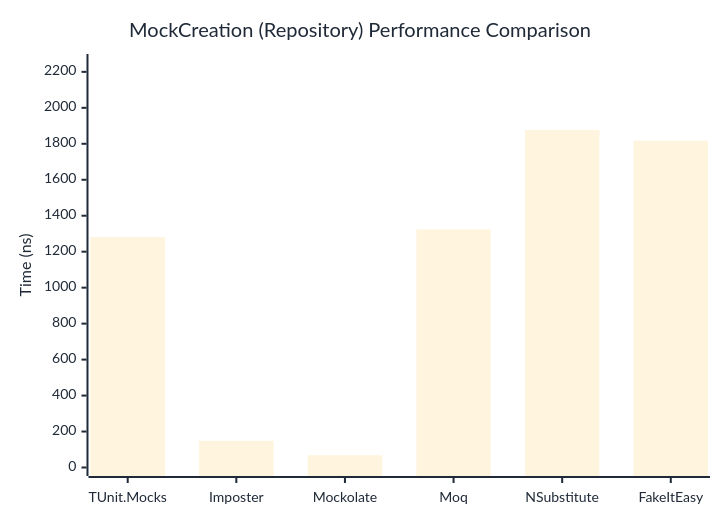
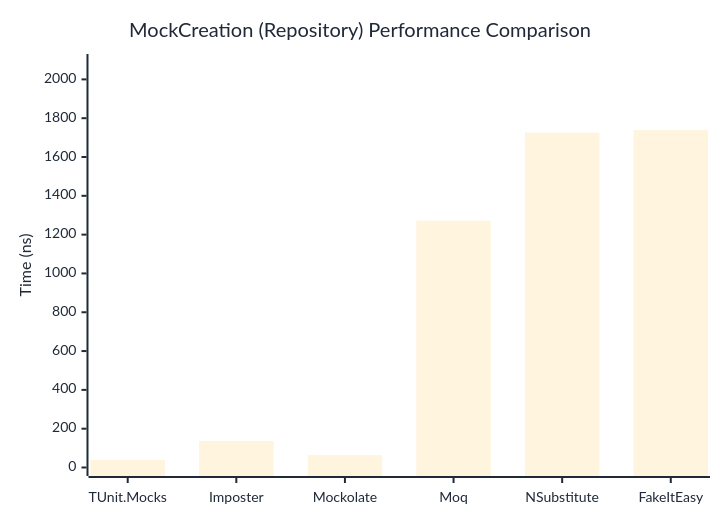
The second of 2 diagrams in docs/docs/benchmarks/mocks/MockCreation.md (thomhurst/TUnit), drawn with Mermaid before and after one commit. The commit also changed other lines of this file and 14 other files, not shown here.

````diff
--- a/docs/docs/benchmarks/mocks/MockCreation.md
+++ b/docs/docs/benchmarks/mocks/MockCreation.md
@@ -69,27 +69,27 @@
 ```mermaid
 %%{init: {
   'theme':'base',
   'themeVariables': {
     'primaryColor': '#2563eb',
     'primaryTextColor': '#1f2937',
     'primaryBorderColor': '#1e40af',
     'lineColor': '#6b7280',
     'secondaryColor': '#7c3aed',
     'tertiaryColor': '#dc2626',
     'background': '#ffffff',
     'pie1': '#2563eb',
     'pie2': '#7c3aed',
     'pie3': '#dc2626',
     'pie4': '#f59e0b',
     'pie5': '#10b981',
     'pie6': '#06b6d4',
     'pie7': '#ec4899',
     'pie8': '#6366f1'
   }
 }}%%
 xychart-beta
   title "MockCreation (Repository) Performance Comparison"
   x-axis ["TUnit.Mocks", "Imposter", "Mockolate", "Moq", "NSubstitute", "FakeItEasy"]
-  y-axis "Time (ns)" 0 --> 2252
-  bar [1281.28, 148.43, 68.41, 1323.71, 1876.42, 1817.65]
+  y-axis "Time (ns)" 0 --> 2087
+  bar [39.52, 136.35, 63.81, 1271.55, 1725.84, 1738.57]
 ```
````
